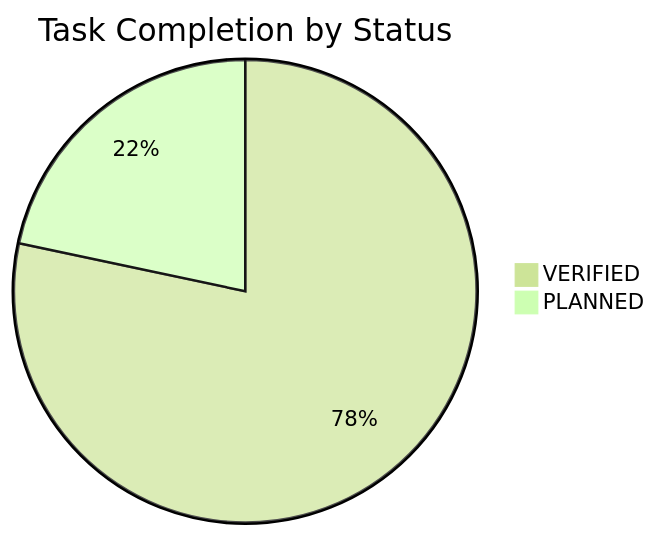
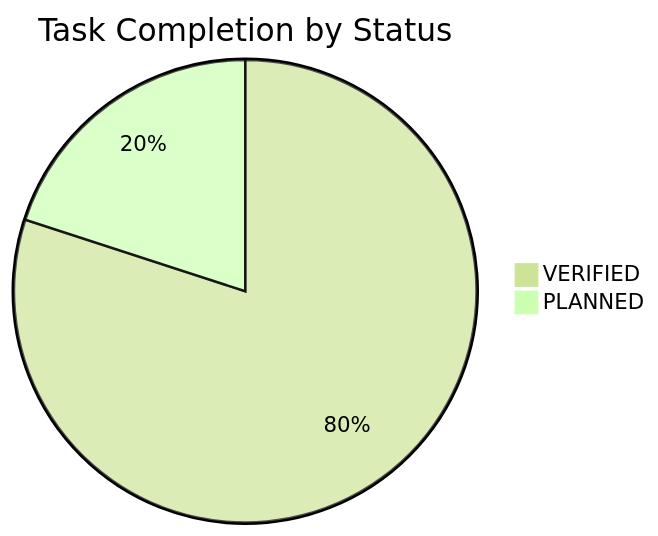
The diagram in docs/TASK_BOARD.md (NguyenTriBaoThang/ClearWayAI), drawn with Mermaid (forest theme) before and after one commit. The commit also changed other lines of this file and 8 other files, not shown here.

````diff
--- a/docs/TASK_BOARD.md
+++ b/docs/TASK_BOARD.md
@@ -16,5 +16,5 @@
 ```mermaid
 pie title Task Completion by Status
-    "VERIFIED" : 47
-    "PLANNED" : 13
+    "VERIFIED" : 48
+    "PLANNED" : 12
 ```
````
